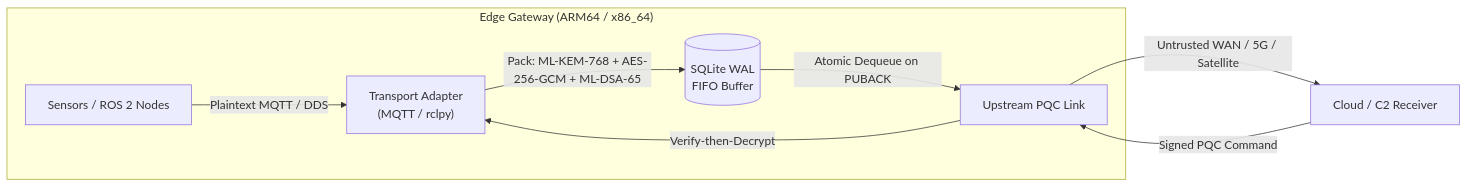
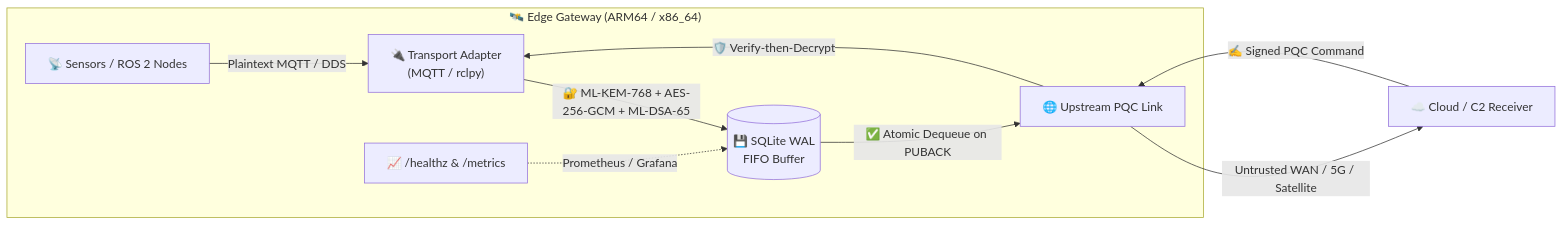
Before and after one commit to PelleNybe/pq-edge-bridge: the first of 2 diagrams in README.md, drawn with Mermaid. The commit also changed other lines of this file, not shown here.

Commit message:
docs(readme): enhance marketing layout, animations, credits, and sponsor link

````diff
--- a/README.md
+++ b/README.md
@@ -38,11 +41,12 @@
 ```mermaid
 flowchart LR
-    subgraph Edge["Edge Gateway (ARM64 / x86_64)"]
-        S["Sensors / ROS 2 Nodes"] -->|"Plaintext MQTT / DDS"| T["Transport Adapter<br/>(MQTT / rclpy)"]
-        T -->|"Pack: ML-KEM-768 + AES-256-GCM + ML-DSA-65"| B[("SQLite WAL<br/>FIFO Buffer")]
-        B -->|"Atomic Dequeue on PUBACK"| U["Upstream PQC Link"]
+    subgraph Edge["🛰️ Edge Gateway (ARM64 / x86_64)"]
+        S["📡 Sensors / ROS 2 Nodes"] -->|"Plaintext MQTT / DDS"| T["🔌 Transport Adapter<br/>(MQTT / rclpy)"]
+        T -->|"🔐 ML-KEM-768 + AES-256-GCM + ML-DSA-65"| B[("💾 SQLite WAL<br/>FIFO Buffer")]
+        B -->|"✅ Atomic Dequeue on PUBACK"| U["🌐 Upstream PQC Link"]
+        O["📈 /healthz & /metrics"] -.->|"Prometheus / Grafana"| B
     end
-    U -->|"Untrusted WAN / 5G / Satellite"| C["Cloud / C2 Receiver"]
-    C -->|"Signed PQC Command"| U
-    U -->|"Verify-then-Decrypt"| T
+    U -->|"Untrusted WAN / 5G / Satellite"| C["☁️ Cloud / C2 Receiver"]
+    C -->|"✍️ Signed PQC Command"| U
+    U -->|"🛡️ Verify-then-Decrypt"| T
 ```
````
